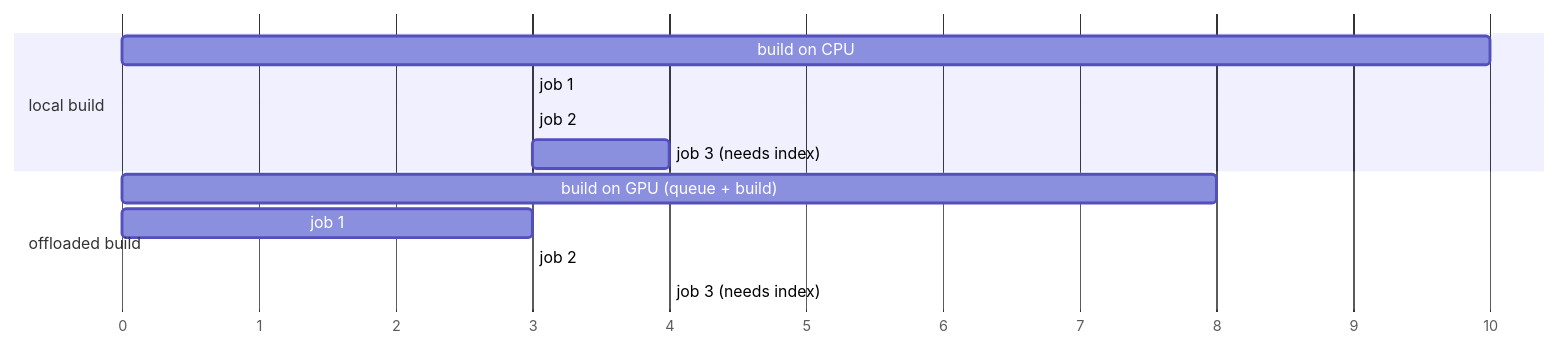
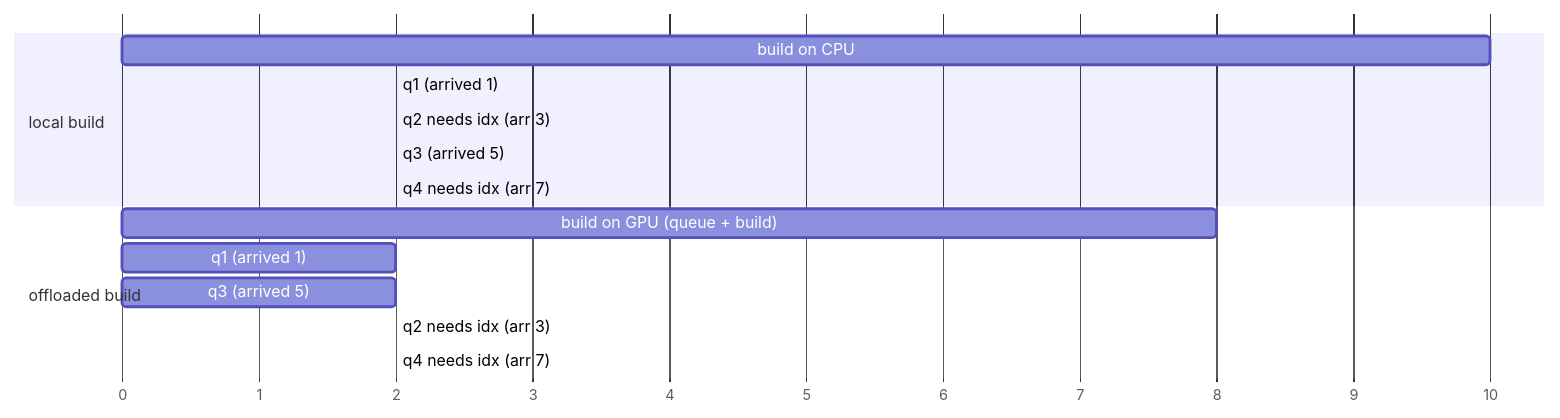
One commit to arqbca11/KubernetesGPU changed the sixth of 6 diagrams in docs/design/phase1-scheduler.md. Above: the diagram before and after it, drawn with Mermaid. The commit also changed other lines of this file and 13 other files, not shown here.

````diff
--- a/docs/design/phase1-scheduler.md
+++ b/docs/design/phase1-scheduler.md
@@ -146,15 +161,17 @@
 ```mermaid
 gantt
     dateFormat X
     axisFormat %s
     section local build
     build on CPU            :a1, 0, 10
-    job 1                   :a2, after a1, 3
-    job 2                   :a3, after a2, 3
-    job 3 (needs index)     :a4, after a3, 4
+    q1 (arrived 1)          :a2, after a1, 2
+    q2 needs idx (arr 3)    :a3, after a2, 2
+    q3 (arrived 5)          :a4, after a3, 2
+    q4 needs idx (arr 7)    :a5, after a4, 2
     section offloaded build
     build on GPU (queue + build) :b1, 0, 8
-    job 1                   :b2, 0, 3
-    job 2                   :b3, after b2, 3
-    job 3 (needs index)     :b4, after b1, 4
+    q1 (arrived 1)          :b2, 1, 2
+    q3 (arrived 5)          :b3, 5, 2
+    q2 needs idx (arr 3)    :b4, after b1, 2
+    q4 needs idx (arr 7)    :b5, after b4, 2
 ```
````
